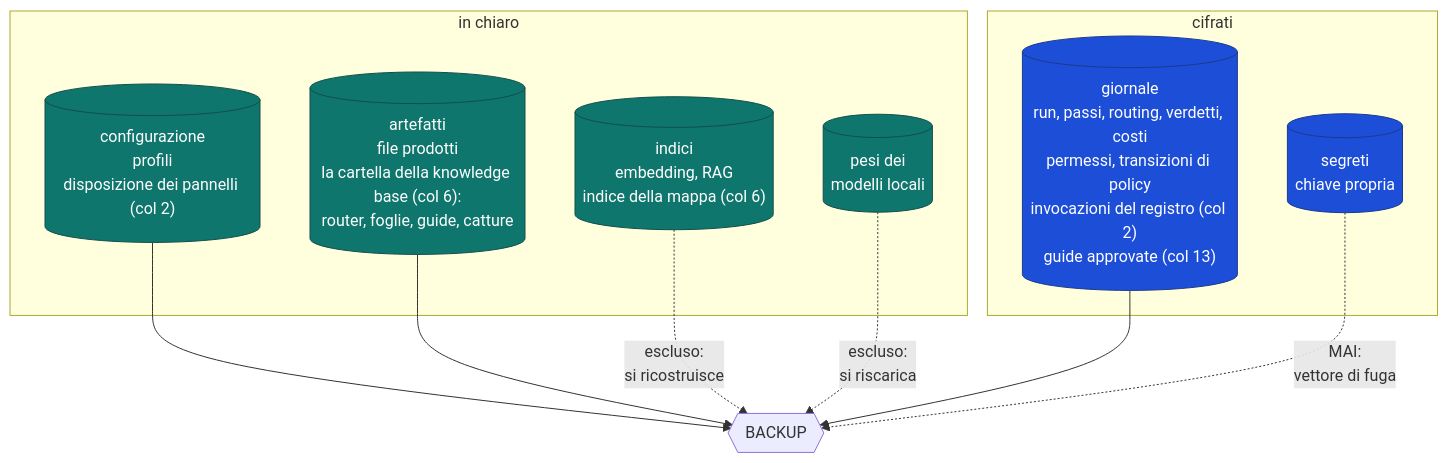
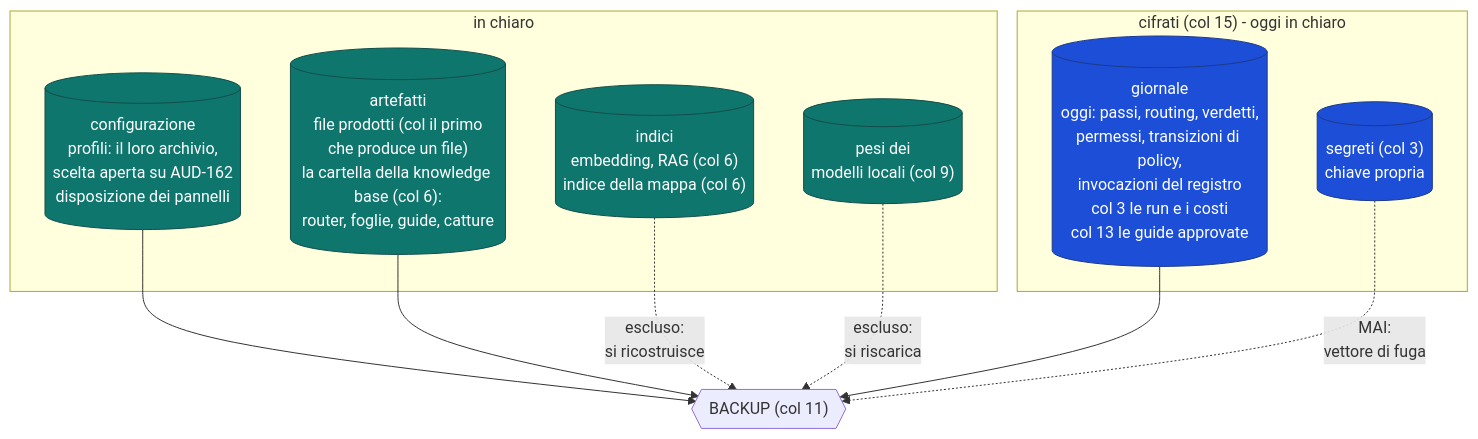
The first of 4 diagrams in docs/design/09-l0-fisico.md (devfrx/daemon), drawn with Mermaid before and after one commit. The commit also changed other lines of this file and 1 other file, not shown here.

First line of the commit message:
audit(2026-09-30): I diagrammi 09-10, col «(col 15)» della cifratura

````diff
--- a/docs/design/09-l0-fisico.md
+++ b/docs/design/09-l0-fisico.md
@@ -22,25 +27,25 @@
 ```mermaid
 flowchart TB
-    subgraph CIF["cifrati"]
-        G[("giornale<br/>run, passi, routing, verdetti, costi<br/>permessi, transizioni di policy<br/>invocazioni del registro (col 2)<br/>guide approvate (col 13)")]
-        S[("segreti<br/>chiave propria")]
+    subgraph CIF["cifrati (col 15) - oggi in chiaro"]
+        G[("giornale<br/>oggi: passi, routing, verdetti,<br/>permessi, transizioni di policy,<br/>invocazioni del registro<br/>col 3 le run e i costi<br/>col 13 le guide approvate")]
+        S[("segreti (col 3)<br/>chiave propria")]
     end
     subgraph CHI["in chiaro"]
-        C[("configurazione<br/>profili<br/>disposizione dei pannelli (col 2)")]
-        A[("artefatti<br/>file prodotti<br/>la cartella della knowledge base (col 6):<br/>router, foglie, guide, catture")]
-        I[("indici<br/>embedding, RAG<br/>indice della mappa (col 6)")]
-        M[("pesi dei<br/>modelli locali")]
+        C[("configurazione<br/>profili: il loro archivio,<br/>scelta aperta su AUD-162<br/>disposizione dei pannelli")]
+        A[("artefatti<br/>file prodotti (col il primo<br/>che produce un file)<br/>la cartella della knowledge base (col 6):<br/>router, foglie, guide, catture")]
+        I[("indici<br/>embedding, RAG (col 6)<br/>indice della mappa (col 6)")]
+        M[("pesi dei<br/>modelli locali (col 9)")]
     end
 
-    G --> B{{"BACKUP"}}
+    G --> B{{"BACKUP (col 11)"}}
     C --> B
     A --> B
     I -.->|"escluso:<br/>si ricostruisce"| B
     M -.->|"escluso:<br/>si riscarica"| B
     S -.->|"MAI:<br/>vettore di fuga"| B
 
     classDef enc fill:#1d4ed8,stroke:#1e3a8a,color:#fff
     classDef plain fill:#0f766e,stroke:#134e4a,color:#fff
     class G,S enc
     class C,A,I,M plain
 ```
````
